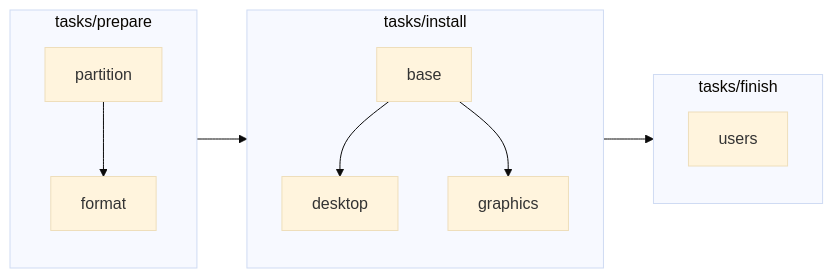
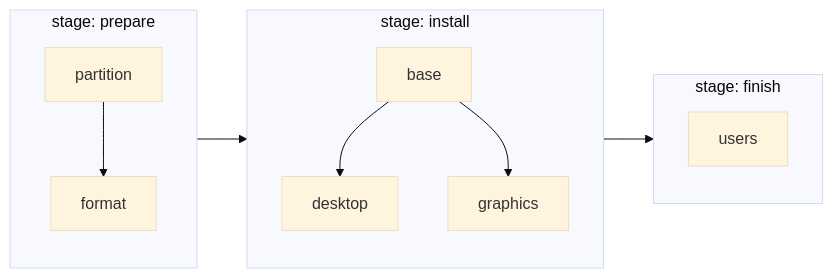
The third of 3 diagrams in docs/README.md (murkl/oak), drawn with Mermaid (base theme) before and after one commit. The commit also changed other lines of this file and 49 other files, not shown here.

````diff
--- a/docs/README.md
+++ b/docs/README.md
@@ -172,17 +178,17 @@
 ```mermaid
 flowchart LR
-    subgraph S1["tasks/prepare"]
+    subgraph S1["stage: prepare"]
         direction TB
         P1["partition"] --> P2["format"]
     end
-    subgraph S2["tasks/install"]
+    subgraph S2["stage: install"]
         direction TB
         B["base"] --> D["desktop"]
         B --> G["graphics"]
     end
-    subgraph S3["tasks/finish"]
+    subgraph S3["stage: finish"]
         direction TB
         U["users"]
     end
     S1 --> S2 --> S3
 ```
````
